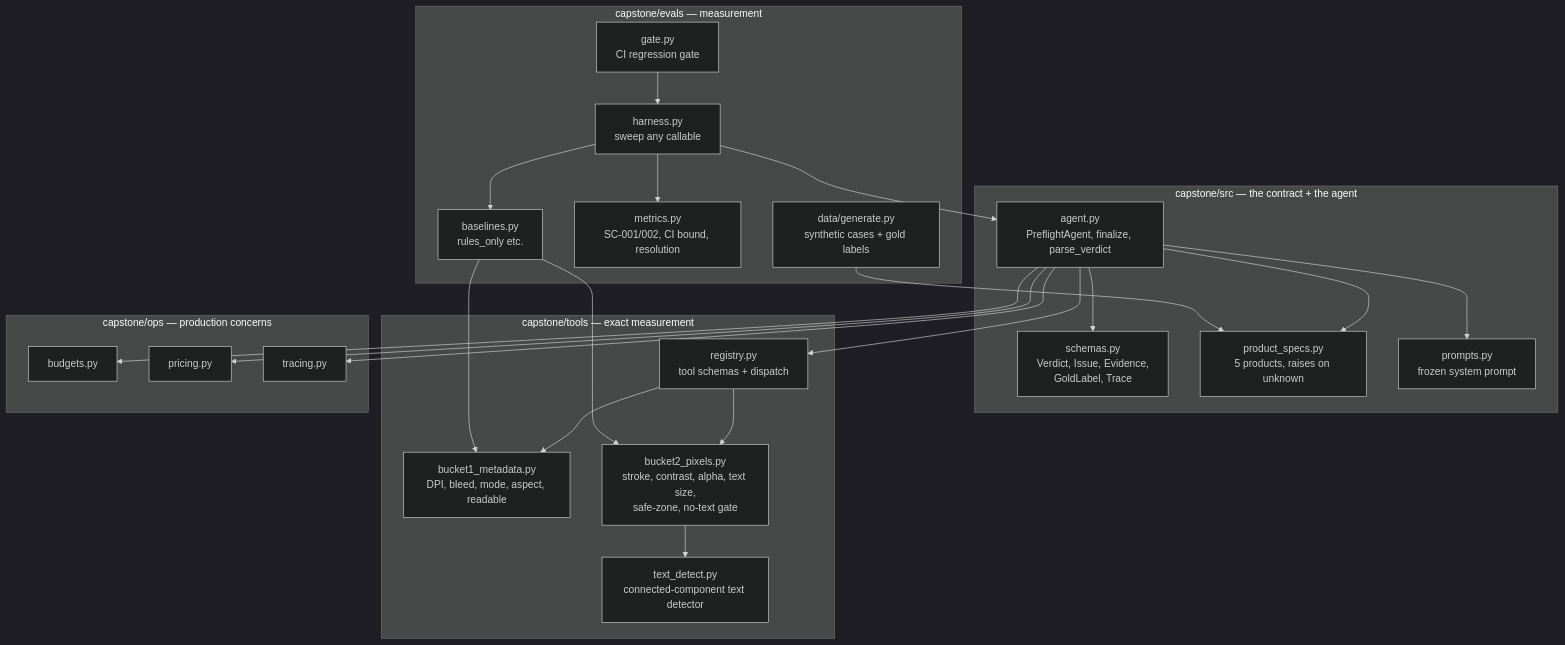
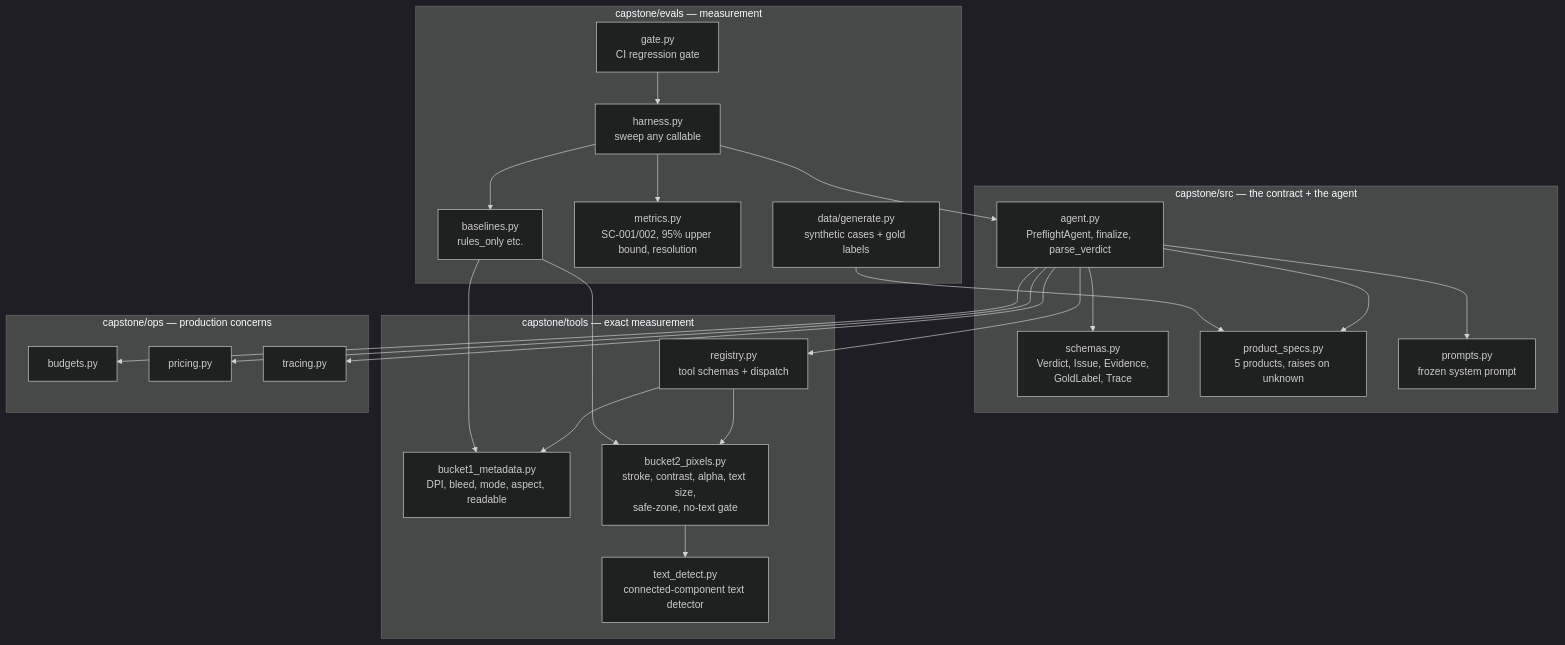
One commit to ashvolt/agents changed the fifth of 16 diagrams in capstone/docs/learn.md. Above: the diagram before and after it, drawn with Mermaid (dark theme). The commit also changed other lines of this file, not shown here.

````diff
--- a/capstone/docs/learn.md
+++ b/capstone/docs/learn.md
@@ -281,34 +296,34 @@
 ```mermaid
 flowchart TB
     subgraph src["capstone/src — the contract + the agent"]
         S[schemas.py<br/>Verdict, Issue, Evidence,<br/>GoldLabel, Trace]
         PS[product_specs.py<br/>5 products, raises on unknown]
         PR[prompts.py<br/>frozen system prompt]
         AG[agent.py<br/>PreflightAgent, finalize, parse_verdict]
     end
     subgraph tools["capstone/tools — exact measurement"]
         B1[bucket1_metadata.py<br/>DPI, bleed, mode, aspect, readable]
         TD[text_detect.py<br/>connected-component text detector]
         B2[bucket2_pixels.py<br/>stroke, contrast, alpha, text size,<br/>safe-zone, no-text gate]
         RG[registry.py<br/>tool schemas + dispatch]
     end
     subgraph evals["capstone/evals — measurement"]
         GEN[data/generate.py<br/>synthetic cases + gold labels]
         H[harness.py<br/>sweep any callable]
-        M[metrics.py<br/>SC-001/002, CI bound, resolution]
+        M[metrics.py<br/>SC-001/002, 95% upper bound, resolution]
         BL[baselines.py<br/>rules_only etc.]
         G[gate.py<br/>CI regression gate]
     end
     subgraph ops["capstone/ops — production concerns"]
         BU[budgets.py]
         PC[pricing.py]
         TR[tracing.py]
     end
     AG --> RG --> B1 & B2
     B2 --> TD
     AG --> PR & PS & S & BU & PC & TR
     BL --> B1 & B2
     H --> BL & AG & M
     G --> H
     GEN --> PS
 ```
````
